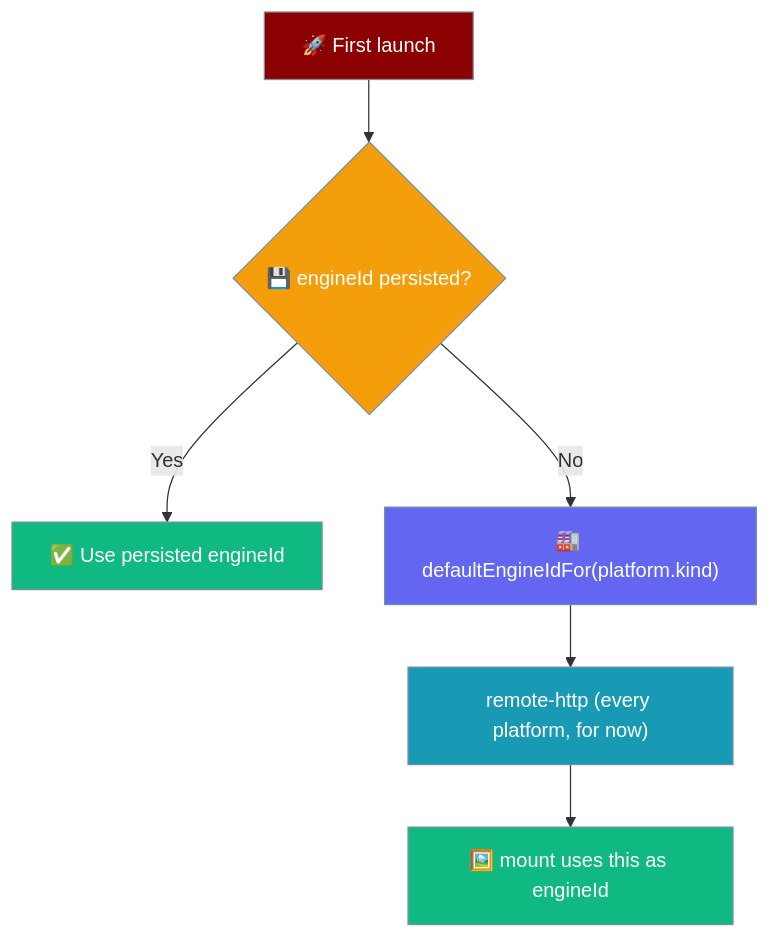
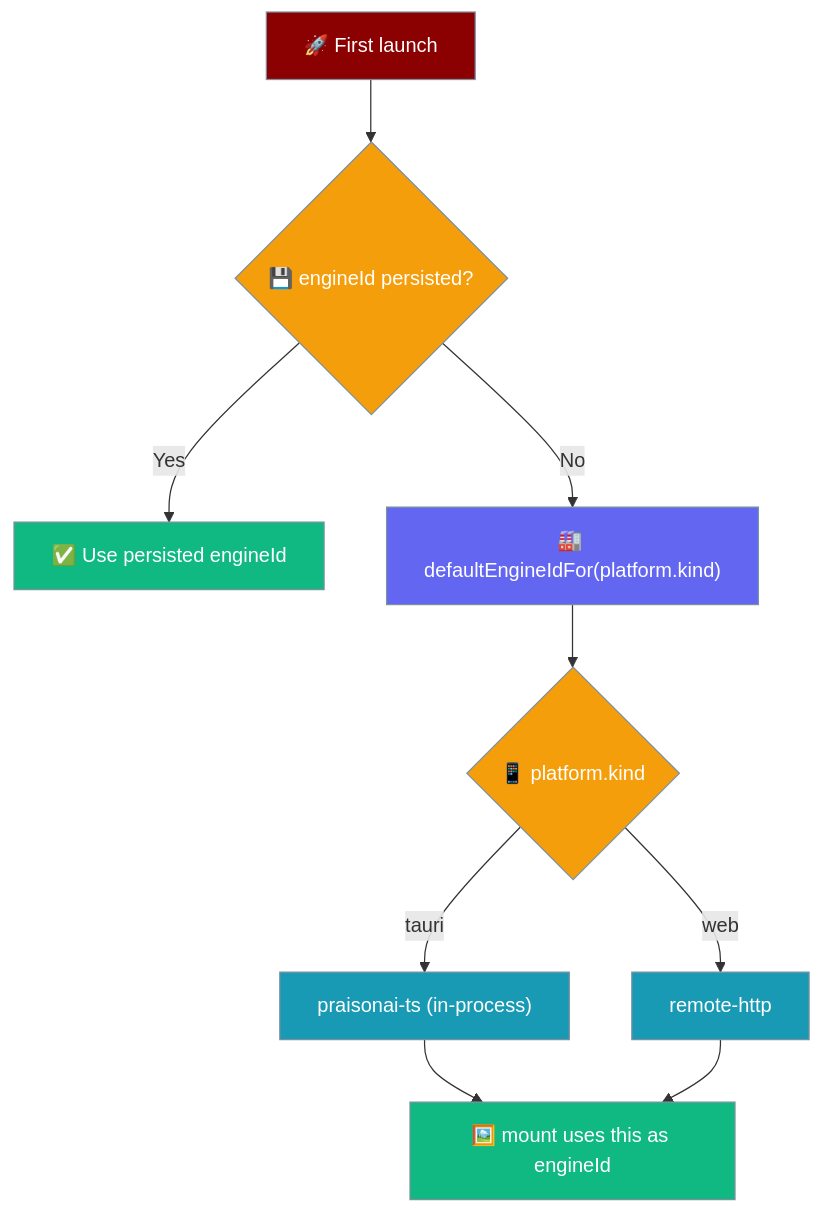
One commit to MervinPraison/PraisonAIDocs changed the third of 5 diagrams in docs/features/mobile/engines.mdx. Above: the diagram before and after it, drawn with Mermaid. The commit also changed other lines of this file and 5 other files, not shown here.

First line of the commit message:
docs(mobile): update engine docs for shipped in-process device engine (fixes #3735)

````diff
--- a/docs/features/mobile/engines.mdx
+++ b/docs/features/mobile/engines.mdx
@@ -280,21 +280,26 @@
 ```mermaid
 graph TB
     Start[🚀 First launch] --> Persisted{💾 engineId persisted?}
     Persisted -->|Yes| Use[✅ Use persisted engineId]
     Persisted -->|No| Default[🏭 defaultEngineIdFor#40;platform.kind#41;]
-    Default --> Today[remote-http #40;every platform, for now#41;]
-    Today --> Boot[🖼️ mount uses this as engineId]
+    Default --> Kind{📱 platform.kind}
+    Kind -->|tauri| InProc[praisonai-ts #40;in-process#41;]
+    Kind -->|web| Remote[remote-http]
+    InProc --> Boot[🖼️ mount uses this as engineId]
+    Remote --> Boot
 
     classDef start fill:#8B0000,stroke:#7C90A0,color:#fff
     classDef branch fill:#F59E0B,stroke:#7C90A0,color:#fff
     classDef ok fill:#10B981,stroke:#7C90A0,color:#fff
     classDef fn fill:#6366F1,stroke:#7C90A0,color:#fff
     classDef pick fill:#189AB4,stroke:#7C90A0,color:#fff
 
     class Start start
     class Persisted branch
     class Use ok
     class Default fn
-    class Today pick
+    class Kind branch
+    class InProc pick
+    class Remote pick
     class Boot ok
 ```
````
